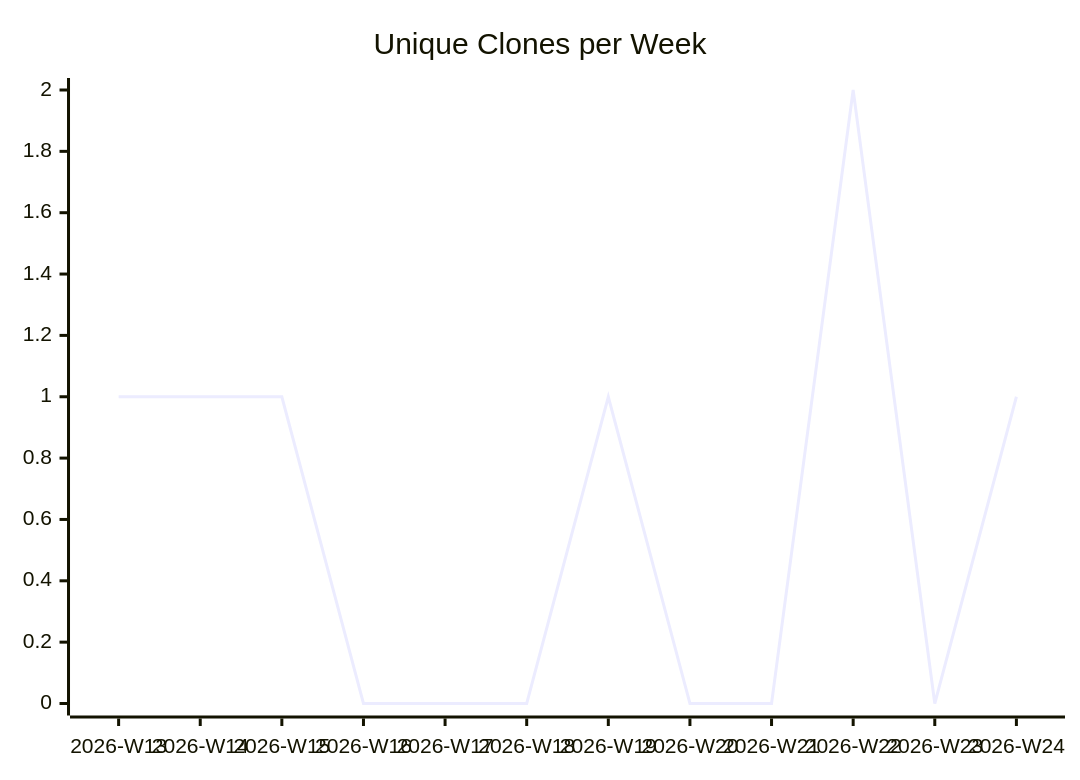
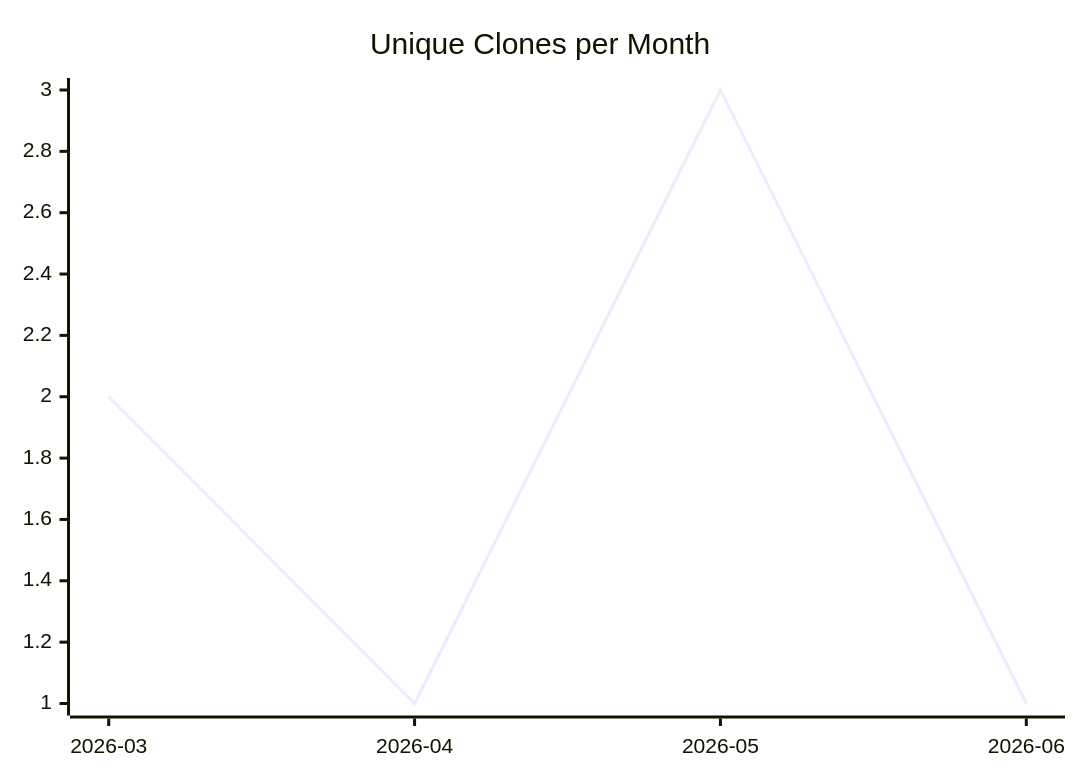
The third of 3 diagrams in karlmdavis/ansible-roles/README.md (justdavis-family/github-analytics-data), drawn with Mermaid before and after one commit. The commit also changed other lines of this file and 198 other files, not shown here.

````diff
--- a/karlmdavis/ansible-roles/README.md
+++ b/karlmdavis/ansible-roles/README.md
@@ -19,6 +19,6 @@
 ```mermaid
 xychart-beta
-  title "Unique Clones per Week"
-  x-axis ["2026-W13", "2026-W14", "2026-W15", "2026-W16", "2026-W17", "2026-W18", "2026-W19", "2026-W20", "2026-W21", "2026-W22", "2026-W23", "2026-W24"]
-  line [1, 1, 1, 0, 0, 0, 1, 0, 0, 2, 0, 1]
+  title "Unique Clones per Month"
+  x-axis ["2026-03", "2026-04", "2026-05", "2026-06"]
+  line [2, 1, 3, 1]
 ```
````
